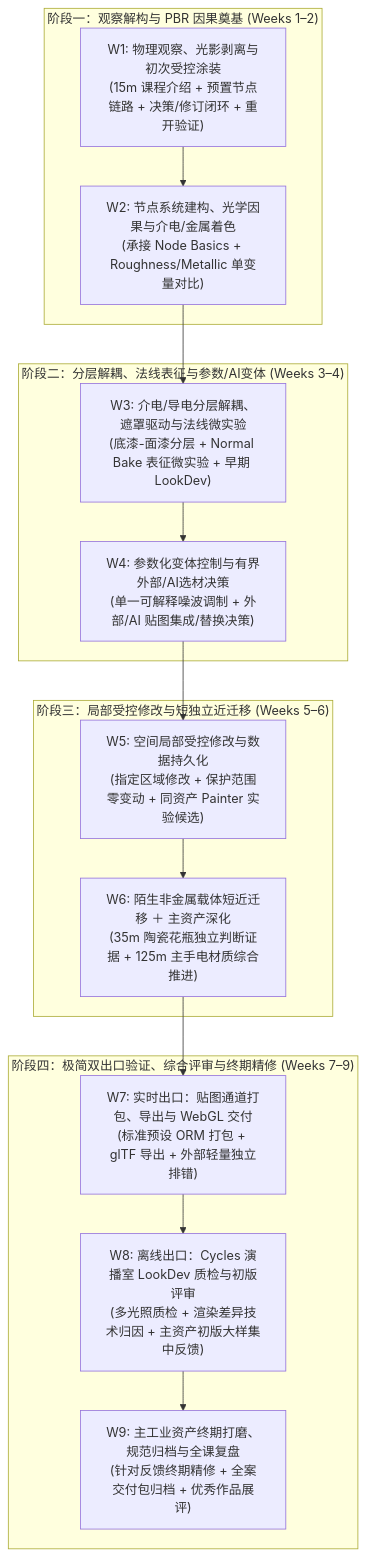
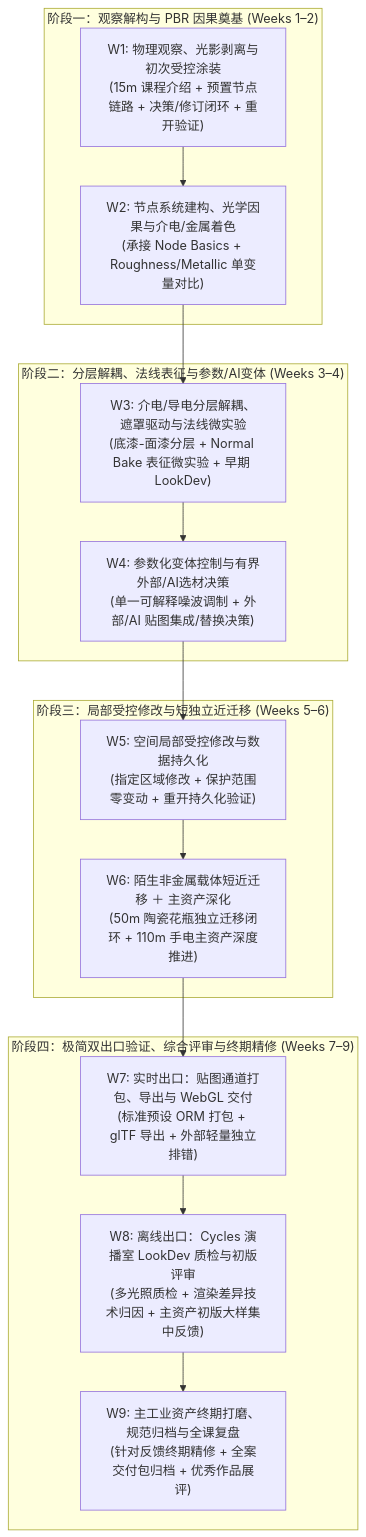
The first of 2 diagrams in docs/research/week1-9-conditional-planning-draft-v0.3.md (carllx/corso-pbr-materials), drawn with Mermaid before and after one commit. The commit also changed other lines of this file and 1 other file, not shown here.

````diff
--- a/docs/research/week1-9-conditional-planning-draft-v0.3.md
+++ b/docs/research/week1-9-conditional-planning-draft-v0.3.md
@@ -73,22 +77,22 @@
 ```mermaid
 flowchart TD
   subgraph Stage1 ["阶段一：观察解构与 PBR 因果奠基 (Weeks 1–2)"]
     W1["W1: 物理观察、光影剥离与初次受控涂装<br>(15m 课程介绍 + 预置节点链路 + 决策/修订闭环 + 重开验证)"] --> W2["W2: 节点系统建构、光学因果与介电/金属着色<br>(承接 Node Basics + Roughness/Metallic 单变量对比)"]
   end
 
   subgraph Stage2 ["阶段二：分层解耦、法线表征与参数/AI变体 (Weeks 3–4)"]
     W2 --> W3["W3: 介电/导电分层解耦、遮罩驱动与法线微实验<br>(底漆-面漆分层 + Normal Bake 表征微实验 + 早期 LookDev)"]
     W3 --> W4["W4: 参数化变体控制与有界外部/AI选材决策<br>(单一可解释噪波调制 + 外部/AI 贴图集成/替换决策)"]
   end
 
   subgraph Stage3 ["阶段三：局部受控修改与短独立近迁移 (Weeks 5–6)"]
-    W4 --> W5["W5: 空间局部受控修改与数据持久化<br>(指定区域修改 + 保护范围零变动 + 同资产 Painter 实验候选)"]
-    W5 --> W6["W6: 陌生非金属载体短近迁移 ＋ 主资产深化<br>(35m 陶瓷花瓶独立判断证据 + 125m 主手电材质综合推进)"]
+    W4 --> W5["W5: 空间局部受控修改与数据持久化<br>(指定区域修改 + 保护范围零变动 + 重开持久化验证)"]
+    W5 --> W6["W6: 陌生非金属载体短近迁移 ＋ 主资产深化<br>(50m 陶瓷花瓶独立迁移闭环 + 110m 手电主资产深度推进)"]
   end
 
   subgraph Stage4 ["阶段四：极简双出口验证、综合评审与终期精修 (Weeks 7–9)"]
     W6 --> W7["W7: 实时出口：贴图通道打包、导出与 WebGL 交付<br>(标准预设 ORM 打包 + glTF 导出 + 外部轻量独立排错)"]
     W7 --> W8["W8: 离线出口：Cycles 演播室 LookDev 质检与初版评审<br>(多光照质检 + 渲染差异技术归因 + 主资产初版大样集中反馈)"]
     W8 --> W9["W9: 主工业资产终期打磨、规范归档与全课复盘<br>(针对反馈终期精修 + 全案交付包归档 + 优秀作品展评)"]
   end
 ```
````
